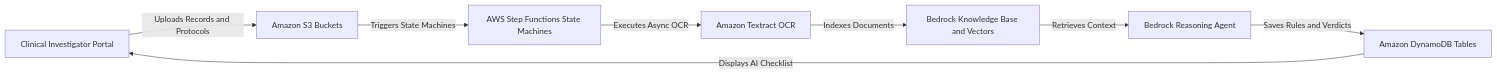
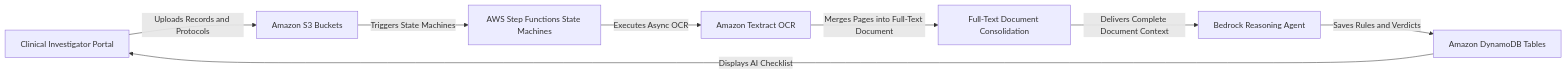
One commit to skarj/aws-solution-medical-agent changed the first of 6 diagrams in Architecture.md. Above: the diagram before and after it, drawn with Mermaid. The commit also changed other lines of this file and 7 other files, not shown here.

````diff
--- a/Architecture.md
+++ b/Architecture.md
@@ -5,18 +5,18 @@
 ```mermaid
 graph LR
     WEB["Clinical Investigator Portal"]
     S3["Amazon S3 Buckets"]
     SFN["AWS Step Functions State Machines"]
     OCR["Amazon Textract OCR"]
-    KB["Bedrock Knowledge Base and Vectors"]
+    CONSOLIDATE["Full-Text Document Consolidation"]
     AGENT["Bedrock Reasoning Agent"]
     DDB["Amazon DynamoDB Tables"]
 
     WEB -->|"Uploads Records and Protocols"| S3
     S3 -->|"Triggers State Machines"| SFN
     SFN -->|"Executes Async OCR"| OCR
-    OCR -->|"Indexes Documents"| KB
-    KB -->|"Retrieves Context"| AGENT
+    OCR -->|"Merges Pages into Full-Text Document"| CONSOLIDATE
+    CONSOLIDATE -->|"Delivers Complete Document Context"| AGENT
     AGENT -->|"Saves Rules and Verdicts"| DDB
     DDB -->|"Displays AI Checklist"| WEB
 ```
````
